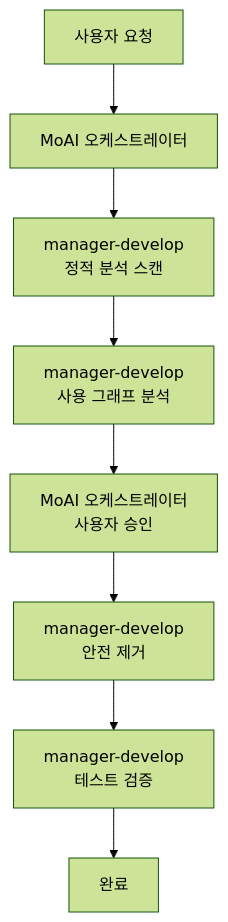
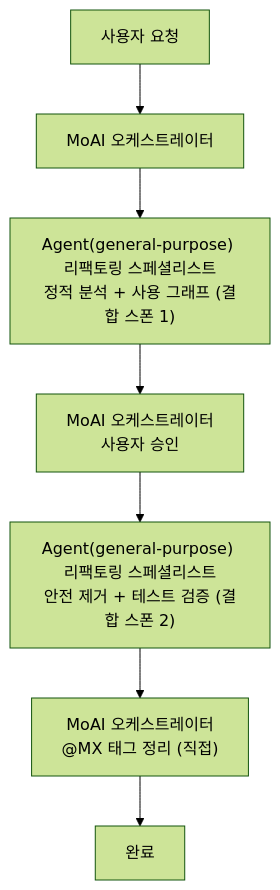
The second of 2 diagrams in docs-site/content/ko/utility-commands/moai-clean.md (modu-ai/moai-adk), drawn with Mermaid (forest theme) before and after one commit. The commit also changed other lines of this file and 180 other files, not shown here.

````diff
--- a/docs-site/content/ko/utility-commands/moai-clean.md
+++ b/docs-site/content/ko/utility-commands/moai-clean.md
@@ -173,10 +175,9 @@
 ```mermaid
 flowchart TD
     User["사용자 요청"] --> MoAI["MoAI 오케스트레이터"]
-    MoAI --> Refactor1["manager-develop<br/>정적 분석 스캔"]
-    Refactor1 --> Refactor2["manager-develop<br/>사용 그래프 분석"]
-    Refactor2 --> MoAI2["MoAI 오케스트레이터<br/>사용자 승인"]
-    MoAI2 --> Refactor3["manager-develop<br/>안전 제거"]
-    Refactor3 --> Testing["manager-develop<br/>테스트 검증"]
-    Testing --> Complete["완료"]
+    MoAI --> Refactor1["Agent(general-purpose) 리팩토링 스페셜리스트<br/>정적 분석 + 사용 그래프 (결합 스폰 1)"]
+    Refactor1 --> MoAI2["MoAI 오케스트레이터<br/>사용자 승인"]
+    MoAI2 --> Refactor2["Agent(general-purpose) 리팩토링 스페셜리스트<br/>안전 제거 + 테스트 검증 (결합 스폰 2)"]
+    Refactor2 --> MoAI3["MoAI 오케스트레이터<br/>@MX 태그 정리 (직접)"]
+    MoAI3 --> Complete["완료"]
 ```
````
